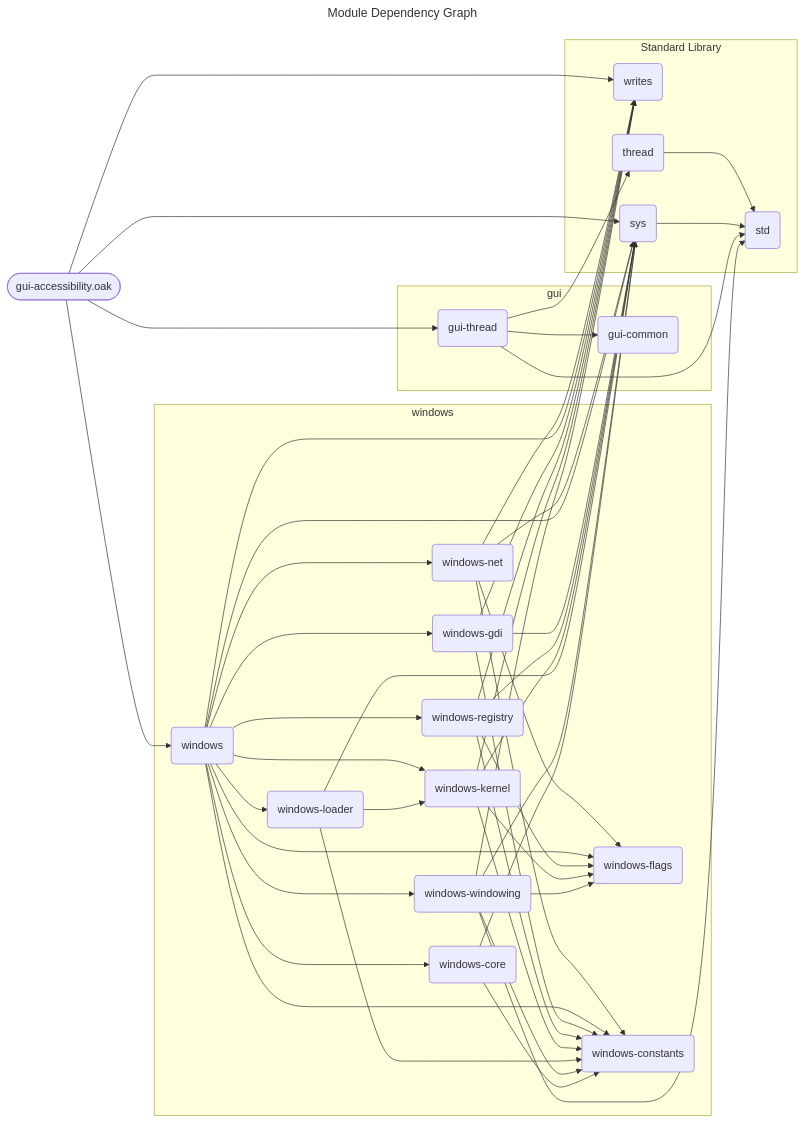
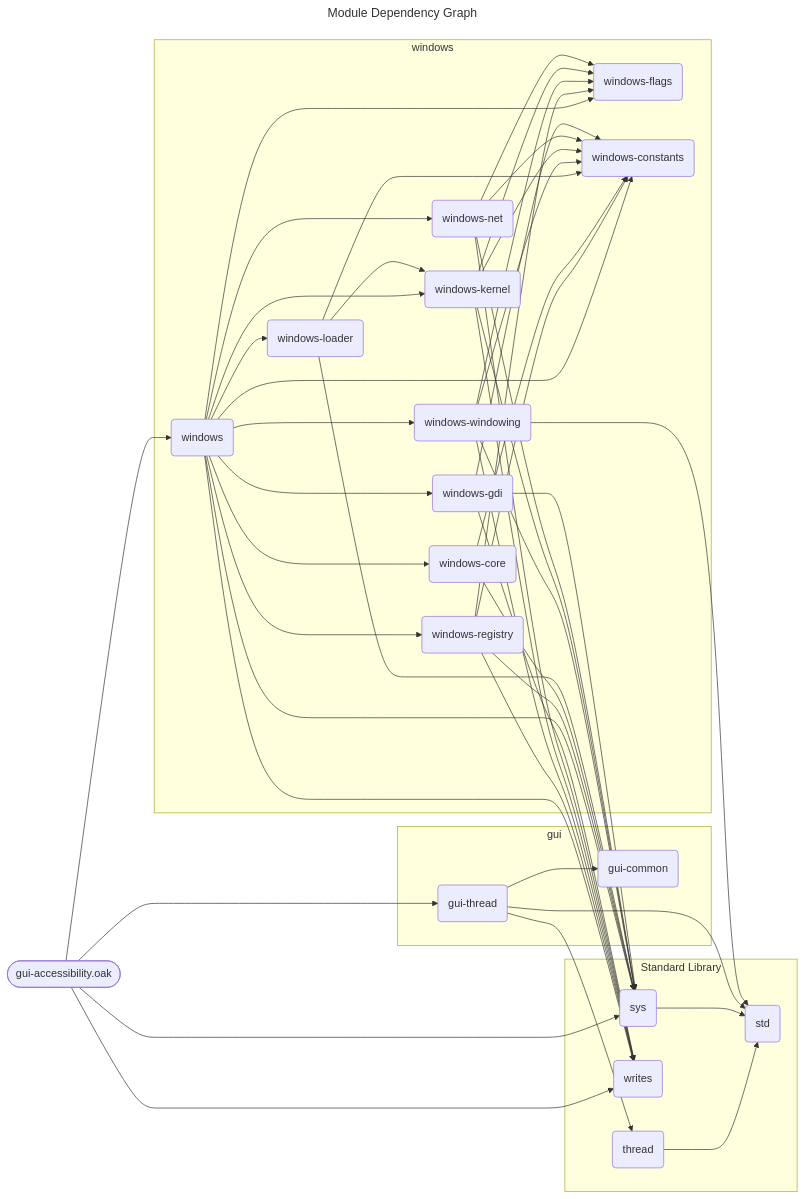
One commit to SpcFORK/magnolia changed the diagram in docs/spec/gui-accessibility.mmd. Above: the diagram before and after it, drawn with Mermaid. The commit also changed other lines of this file and 150 other files, not shown here.

First line of the commit message:
Refactor module dependency graphs and enhance Go code generation

```diff
--- a/docs/spec/gui-accessibility.mmd
+++ b/docs/spec/gui-accessibility.mmd
@@ -1,72 +1,72 @@
 ---
 title: Module Dependency Graph
 ---
 flowchart LR
     lib_gui_accessibility_oak(["gui-accessibility.oak"])
     subgraph stdlib_windows ["windows"]
-        windows_core("windows-core")
-        windows_flags("windows-flags")
+        windows_gdi("windows-gdi")
+        windows_net("windows-net")
+        windows_kernel("windows-kernel")
         windows_windowing("windows-windowing")
         windows_loader("windows-loader")
-        windows_kernel("windows-kernel")
+        windows_core("windows-core")
         windows_registry("windows-registry")
-        windows_gdi("windows-gdi")
+        windows_flags("windows-flags")
         windows("windows")
         windows_constants("windows-constants")
-        windows_net("windows-net")
     end
     subgraph stdlib_gui ["gui"]
+        gui_common("gui-common")
         gui_thread("gui-thread")
-        gui_common("gui-common")
     end
     subgraph stdlib_core ["Standard Library"]
+        thread("thread")
         std("std")
         writes("writes")
         sys("sys")
-        thread("thread")
     end
-    windows_core --> sys
-    windows_core --> windows_constants
+    windows_gdi --> sys
+    windows_gdi --> writes
+    windows_gdi --> windows_constants
+    windows_net --> sys
+    windows_net --> writes
+    windows_net --> windows_constants
+    windows_net --> windows_flags
+    windows_kernel --> sys
+    windows_kernel --> writes
+    windows_kernel --> windows_constants
+    windows_kernel --> windows_flags
     windows_windowing --> sys
     windows_windowing --> writes
     windows_windowing --> windows_constants
     windows_windowing --> windows_flags
     windows_windowing --> std
     windows_loader --> sys
     windows_loader --> windows_constants
     windows_loader --> windows_kernel
-    windows_kernel --> sys
-    windows_kernel --> writes
-    windows_kernel --> windows_constants
-    windows_kernel --> windows_flags
+    windows_core --> sys
+    windows_core --> windows_constants
+    windows_registry --> sys
+    windows_registry --> writes
+    windows_registry --> windows_constants
+    windows_registry --> windows_flags
     gui_thread --> std
     gui_thread --> thread
     gui_thread --> gui_common
     sys --> std
-    thread --> std
-    windows_registry --> sys
-    windows_registry --> writes
-    windows_registry --> windows_constants
-    windows_registry --> windows_flags
-    windows_gdi --> sys
-    windows_gdi --> writes
-    windows_gdi --> windows_constants
     windows --> sys
     windows --> writes
     windows --> windows_constants
     windows --> windows_flags
     windows --> windows_registry
     windows --> windows_net
     windows --> windows_windowing
     windows --> windows_gdi
     windows --> windows_kernel
     windows --> windows_loader
     windows --> windows_core
+    thread --> std
     lib_gui_accessibility_oak --> sys
     lib_gui_accessibility_oak --> windows
     lib_gui_accessibility_oak --> gui_thread
     lib_gui_accessibility_oak --> writes
-    windows_net --> sys
-    windows_net --> writes
-    windows_net --> windows_constants
-    windows_net --> windows_flags
```
